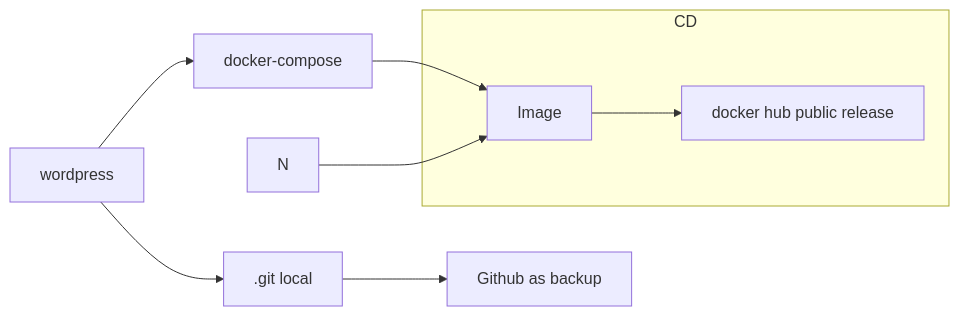
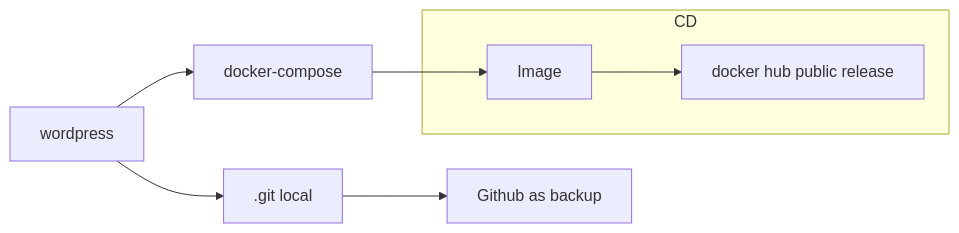
The diagram in README.md (DanyAAD90/CICD_complete_from_scratch), drawn with Mermaid before and after one commit.

````diff
--- a/README.md
+++ b/README.md
@@ -5,11 +5,10 @@
 ```mermaid
 flowchart LR
 A[wordpress] --> B[.git local]
-B --> D[Github as backup]
-A --> G[docker-compose]
-G --> H[Image]
+B --> C[Github as backup]
+A --> D[docker-compose]
+D --> E[Image]
 subgraph CD
-H --> L[docker hub public release]
+E --> F[docker hub public release]
 end
-N --> H
 ```
````
